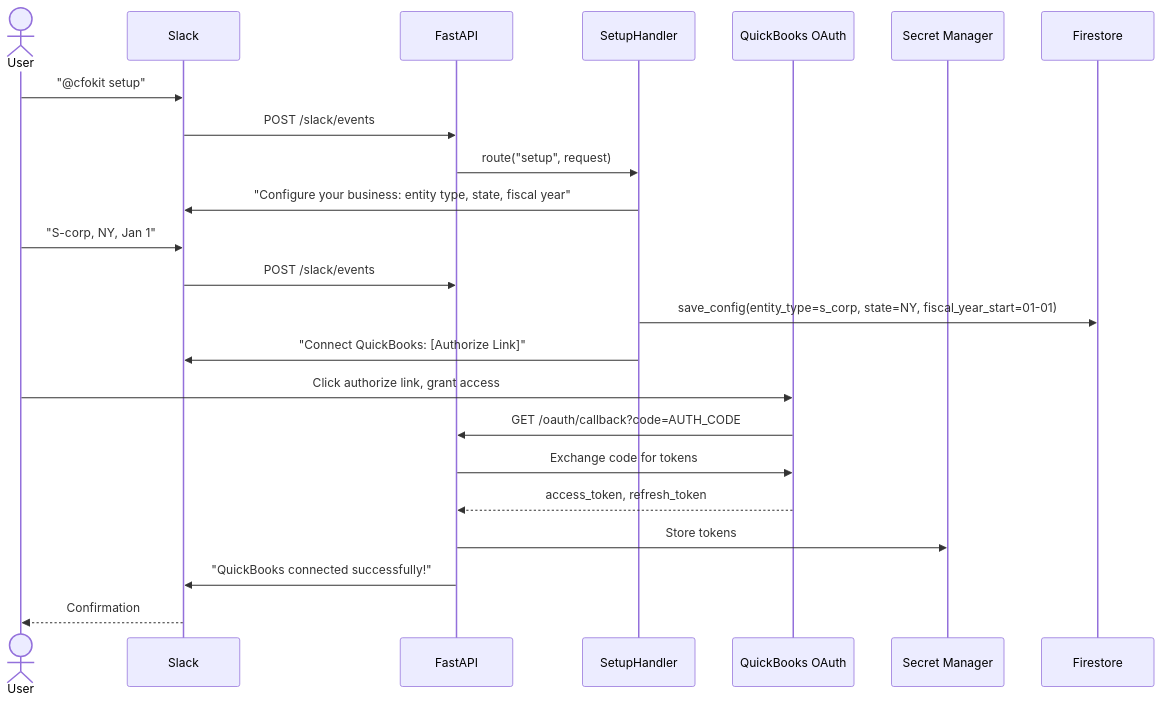
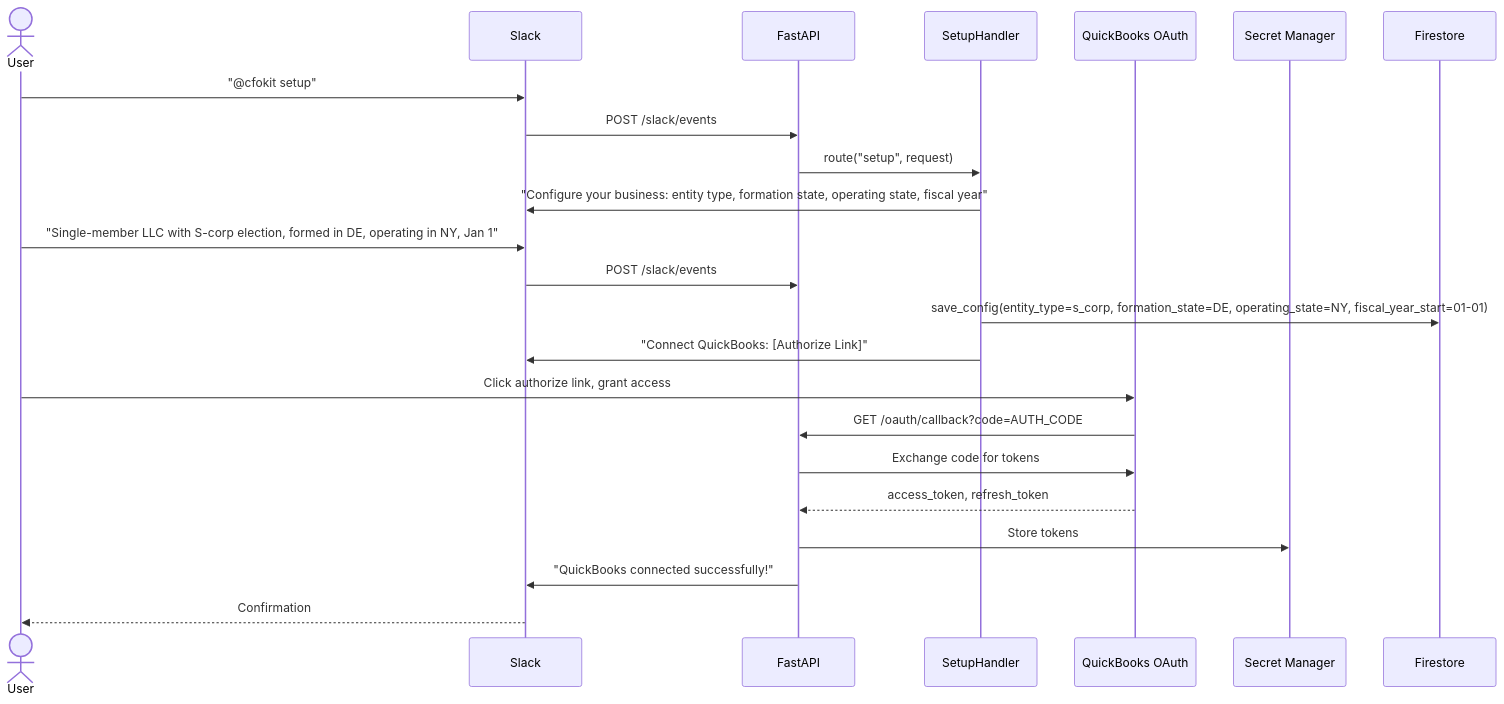
One commit to cfokit/cfokit changed the third of 5 diagrams in docs/PRD.md. Above: the diagram before and after it, drawn with Mermaid. The commit also changed other lines of this file and 2 other files, not shown here.

First line of the commit message:
Specify author's business structure: DE LLC with S-corp election in NY

````diff
--- a/docs/PRD.md
+++ b/docs/PRD.md
@@ -99,26 +99,26 @@
 ```mermaid
 sequenceDiagram
     actor User
     participant Slack
     participant FastAPI
     participant Handler as SetupHandler
     participant QB as QuickBooks OAuth
     participant SecretMgr as Secret Manager
 
     User->>Slack: "@cfokit setup"
     Slack->>FastAPI: POST /slack/events
     FastAPI->>Handler: route("setup", request)
-    Handler->>Slack: "Configure your business: entity type, state, fiscal year"
-    User->>Slack: "S-corp, NY, Jan 1"
+    Handler->>Slack: "Configure your business: entity type, formation state, operating state, fiscal year"
+    User->>Slack: "Single-member LLC with S-corp election, formed in DE, operating in NY, Jan 1"
     Slack->>FastAPI: POST /slack/events
-    Handler->>Firestore: save_config(entity_type=s_corp, state=NY, fiscal_year_start=01-01)
+    Handler->>Firestore: save_config(entity_type=s_corp, formation_state=DE, operating_state=NY, fiscal_year_start=01-01)
 
     Handler->>Slack: "Connect QuickBooks: [Authorize Link]"
     User->>QB: Click authorize link, grant access
     QB->>FastAPI: GET /oauth/callback?code=AUTH_CODE
     FastAPI->>QB: Exchange code for tokens
     QB-->>FastAPI: access_token, refresh_token
     FastAPI->>SecretMgr: Store tokens
     FastAPI->>Slack: "QuickBooks connected successfully!"
     Slack-->>User: Confirmation
 ```
````
